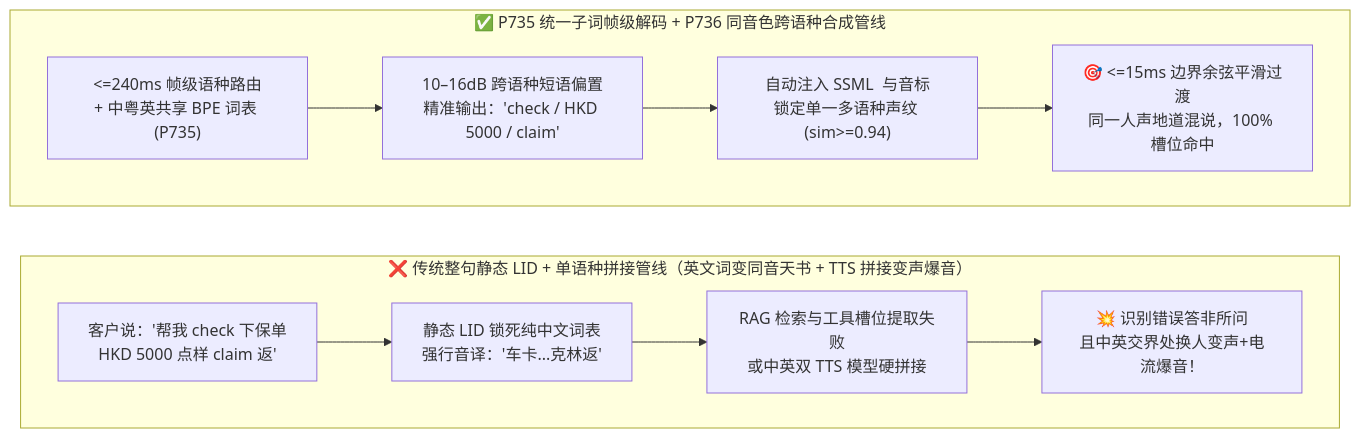
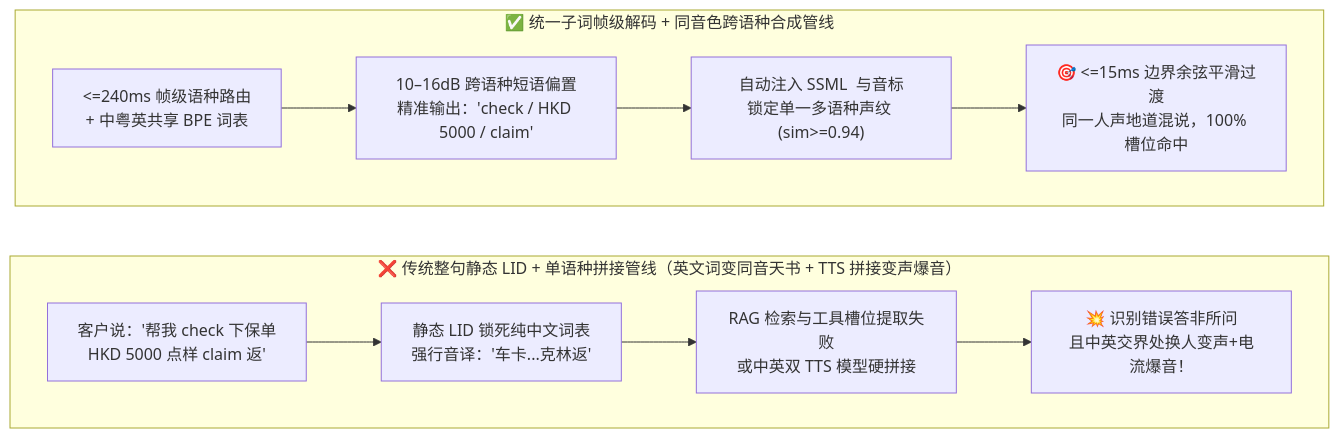
One commit to turbo998/voice-agent-lab changed the second of 3 diagrams in docs/voice-multilingual-codeswitch-dialect-faq.md. Above: the diagram before and after it, drawn with Mermaid. The commit also changed other lines of this file and 715 other files, not shown here.

````diff
--- a/docs/voice-multilingual-codeswitch-dialect-faq.md
+++ b/docs/voice-multilingual-codeswitch-dialect-faq.md
@@ -93,16 +93,16 @@
 ```mermaid
 flowchart LR
-    subgraph Legacy ["❌ 传统整句静态 LID + 单语种拼接管线（英文词变同音天书 + TTS 拼接变声爆音）"]
-        direction LR
-        L1["客户说：'帮我 check 下保单\nHKD 5000 点样 claim 返'"] --> L2["静态 LID 锁死纯中文词表\n强行音译：'车卡...克林返'"]
-        L2 --> L3["RAG 检索与工具槽位提取失败\n或中英双 TTS 模型硬拼接"]
-        L3 --> L4["💥 识别错误答非所问\n且中英交界处换人变声+电流爆音！"]
-    end
+ subgraph Legacy ["❌ 传统整句静态 LID + 单语种拼接管线（英文词变同音天书 + TTS 拼接变声爆音）"]
+ direction LR
+ L1["客户说：'帮我 check 下保单\nHKD 5000 点样 claim 返'"] --> L2["静态 LID 锁死纯中文词表\n强行音译：'车卡...克林返'"]
+ L2 --> L3["RAG 检索与工具槽位提取失败\n或中英双 TTS 模型硬拼接"]
+ L3 --> L4["💥 识别错误答非所问\n且中英交界处换人变声+电流爆音！"]
+ end
 
-    subgraph Engineered ["✅ P735 统一子词帧级解码 + P736 同音色跨语种合成管线"]
-        direction LR
-        E1["<=240ms 帧级语种路由\n+ 中粤英共享 BPE 词表 (P735)"] --> E2["10–16dB 跨语种短语偏置\n精准输出：'check / HKD 5000 / claim'"]
-        E2 --> E3["自动注入 SSML <lang> 与音标\n锁定单一多语种声纹 (sim>=0.94)"]
-        E3 --> E4["🎯 <=15ms 边界余弦平滑过渡\n同一人声地道混说，100% 槽位命中"]
-    end
+ subgraph Engineered ["✅ 统一子词帧级解码 + 同音色跨语种合成管线"]
+ direction LR
+ E1["<=240ms 帧级语种路由\n+ 中粤英共享 BPE 词表 "] --> E2["10–16dB 跨语种短语偏置\n精准输出：'check / HKD 5000 / claim'"]
+ E2 --> E3["自动注入 SSML <lang> 与音标\n锁定单一多语种声纹 (sim>=0.94)"]
+ E3 --> E4["🎯 <=15ms 边界余弦平滑过渡\n同一人声地道混说，100% 槽位命中"]
+ end
 ```
````
